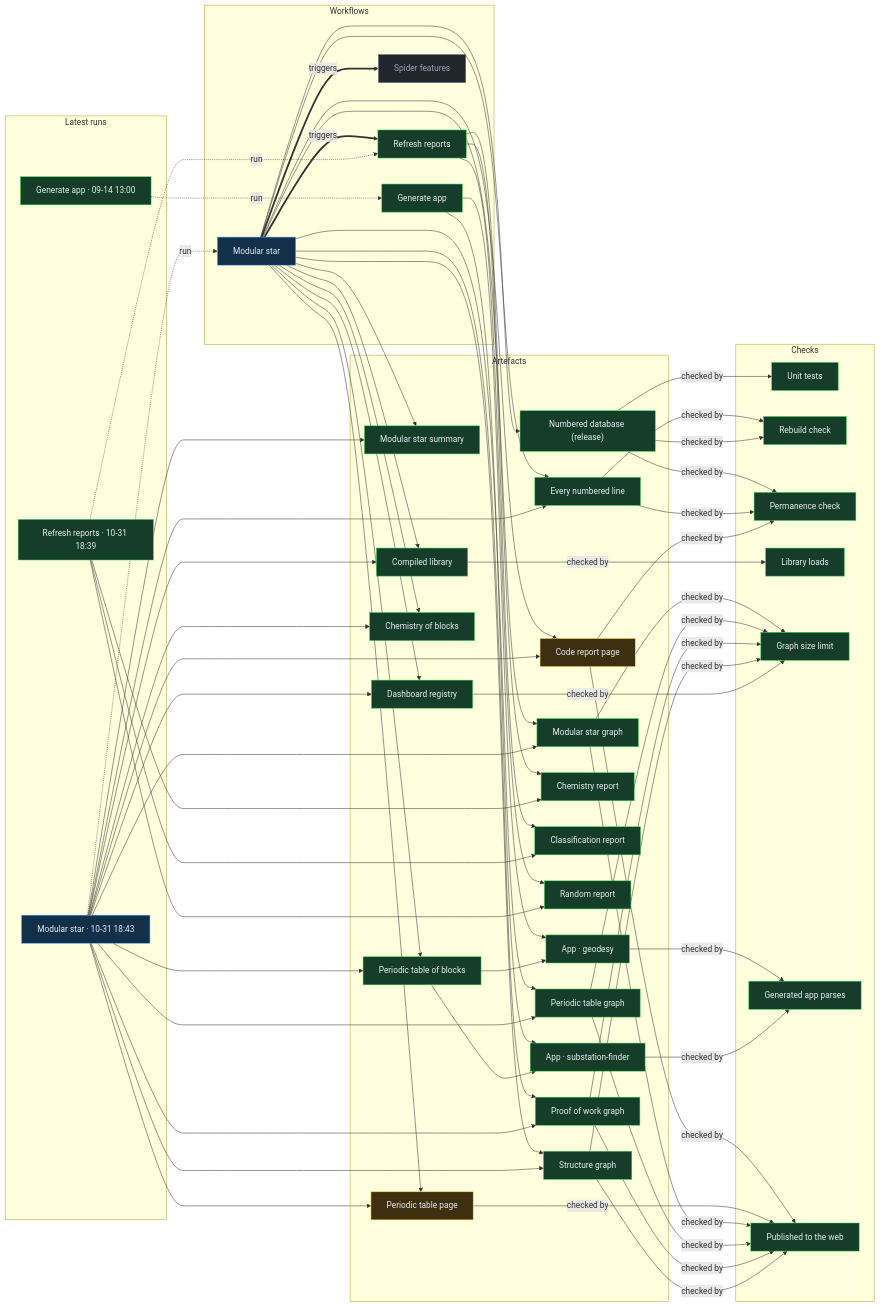
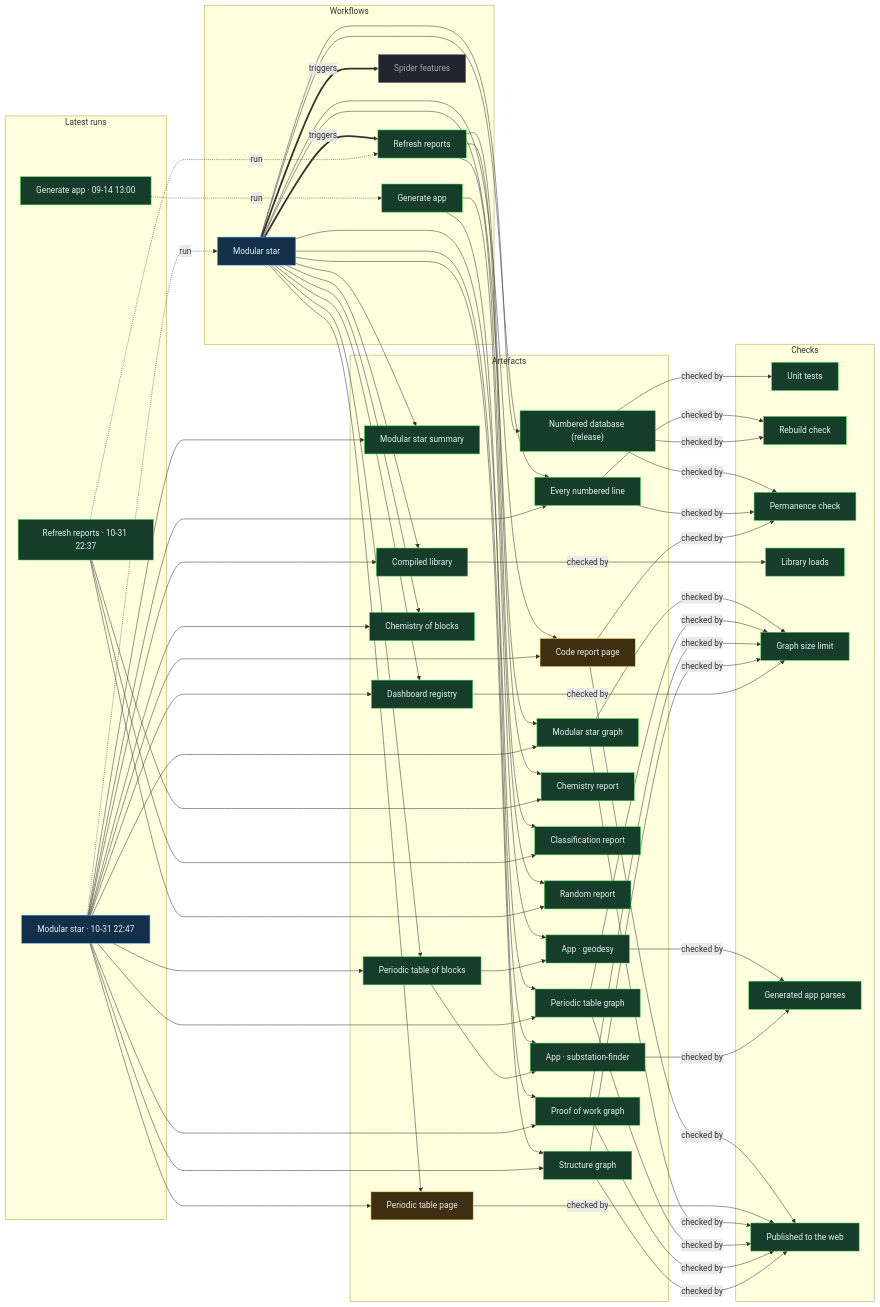
One commit to Ventusltd/stars changed the diagram in proof/PROOF.md. Above: the diagram before and after it, drawn with Mermaid. The commit also changed other lines of this file and 59 other files, not shown here.

Commit message:
Modular star 2026-10-31T22:49Z

```diff
--- a/proof/PROOF.md
+++ b/proof/PROOF.md
@@ -24,8 +24,8 @@
   n_wf_spider_features["Spider features"]:::off
   end
   subgraph g_runs["Latest runs"]
-  n_run_41230816871["Modular star · 10-31 18:43"]:::live
-  n_run_41230455276["Refresh reports · 10-31 18:39"]:::ok
+  n_run_41249746385["Modular star · 10-31 22:47"]:::live
+  n_run_41248994998["Refresh reports · 10-31 22:37"]:::ok
   n_run_34846587798["Generate app · 09-14 13:00"]:::ok
   end
   subgraph g_artefacts["Artefacts"]
@@ -59,39 +59,39 @@
   end
   n_wf_modular_star == triggers ==> n_wf_refresh
   n_wf_modular_star == triggers ==> n_wf_spider_features
-  n_run_41230816871 -. run .-> n_wf_modular_star
-  n_run_41230455276 -. run .-> n_wf_refresh
+  n_run_41249746385 -. run .-> n_wf_modular_star
+  n_run_41248994998 -. run .-> n_wf_refresh
   n_run_34846587798 -. run .-> n_wf_generate
   n_wf_modular_star --> n_art_summary
-  n_run_41230816871 --> n_art_summary
+  n_run_41249746385 --> n_art_summary
   n_wf_modular_star --> n_art_lines
-  n_run_41230816871 --> n_art_lines
+  n_run_41249746385 --> n_art_lines
   n_wf_modular_star --> n_art_code
-  n_run_41230816871 --> n_art_code
+  n_run_41249746385 --> n_art_code
   n_wf_modular_star --> n_art_modular_graph
-  n_run_41230816871 --> n_art_modular_graph
+  n_run_41249746385 --> n_art_modular_graph
   n_wf_modular_star --> n_art_blocks
-  n_run_41230816871 --> n_art_blocks
+  n_run_41249746385 --> n_art_blocks
   n_wf_modular_star --> n_art_table
-  n_run_41230816871 --> n_art_table
+  n_run_41249746385 --> n_art_table
   n_wf_modular_star --> n_art_blocks_graph
-  n_run_41230816871 --> n_art_blocks_graph
+  n_run_41249746385 --> n_art_blocks_graph
   n_wf_modular_star --> n_art_reactions
-  n_run_41230816871 --> n_art_reactions
+  n_run_41249746385 --> n_art_reactions
   n_wf_modular_star --> n_art_library
-  n_run_41230816871 --> n_art_library
+  n_run_41249746385 --> n_art_library
   n_wf_modular_star --> n_art_features
-  n_run_41230816871 --> n_art_features
+  n_run_41249746385 --> n_art_features
   n_wf_modular_star --> n_art_proof
-  n_run_41230816871 --> n_art_proof
+  n_run_41249746385 --> n_art_proof
   n_wf_modular_star --> n_art_structure
-  n_run_41230816871 --> n_art_structure
+  n_run_41249746385 --> n_art_structure
   n_wf_refresh --> n_art_chemistry
-  n_run_41230455276 --> n_art_chemistry
+  n_run_41248994998 --> n_art_chemistry
   n_wf_refresh --> n_art_vedic
-  n_run_41230455276 --> n_art_vedic
+  n_run_41248994998 --> n_art_vedic
   n_wf_refresh --> n_art_random
-  n_run_41230455276 --> n_art_random
+  n_run_41248994998 --> n_art_random
   n_wf_modular_star --> n_art_release
   n_wf_generate --> n_app_geodesy
   n_art_blocks --> n_app_geodesy
```
